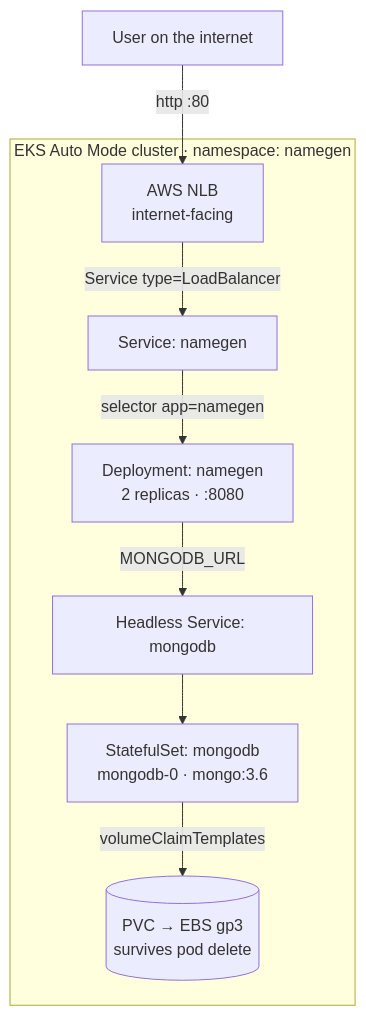
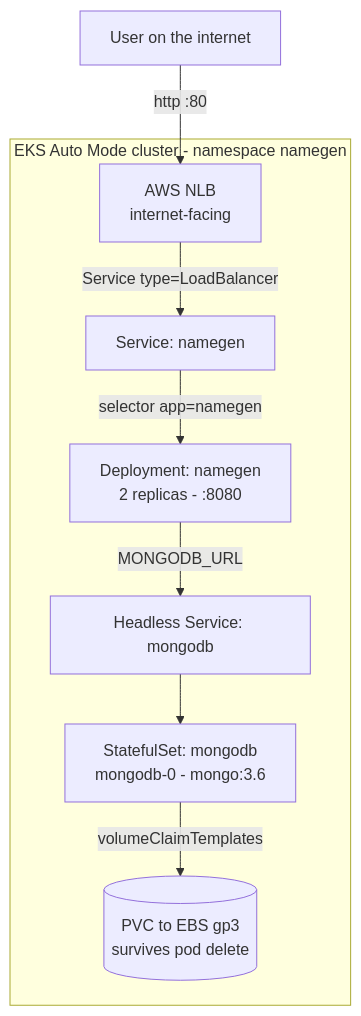
Before and after one commit to RazKimhi13/namegen-eks: the second of 2 diagrams in README.md, drawn with Mermaid. The commit also changed other lines of this file and 4 other files, not shown here.

````diff
--- a/README.md
+++ b/README.md
@@ -41,11 +42,11 @@
 ```mermaid
 flowchart TB
     user[User on the internet] -->|http :80| nlb[AWS NLB\ninternet-facing]
-    subgraph EKS[EKS Auto Mode cluster · namespace: namegen]
+    subgraph EKS[EKS Auto Mode cluster - namespace namegen]
         nlb -->|Service type=LoadBalancer| nsvc[Service: namegen]
-        nsvc -->|selector app=namegen| ndep[Deployment: namegen\n2 replicas · :8080]
+        nsvc -->|selector app=namegen| ndep[Deployment: namegen\n2 replicas - :8080]
         ndep -->|MONGODB_URL| msvc[Headless Service: mongodb]
-        msvc --> mss[StatefulSet: mongodb\nmongodb-0 · mongo:3.6]
-        mss -->|volumeClaimTemplates| pvc[(PVC → EBS gp3\nsurvives pod delete)]
+        msvc --> mss[StatefulSet: mongodb\nmongodb-0 - mongo:3.6]
+        mss -->|volumeClaimTemplates| pvc[(PVC to EBS gp3\nsurvives pod delete)]
     end
 ```
````
